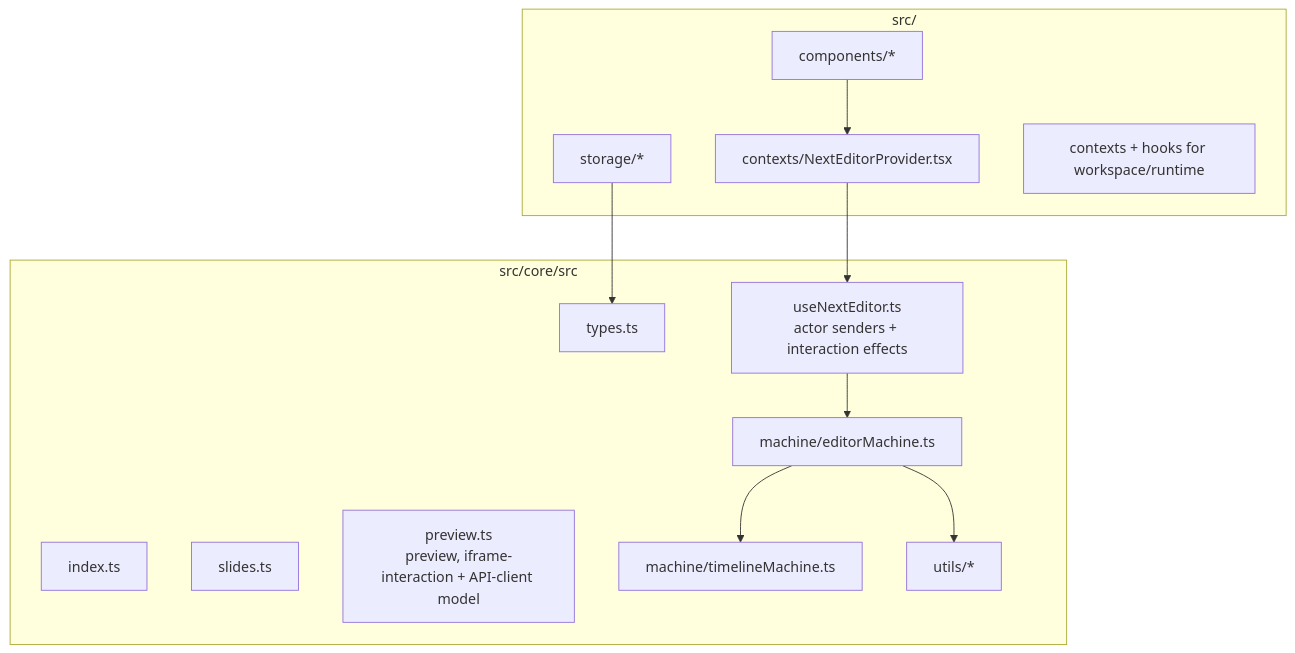
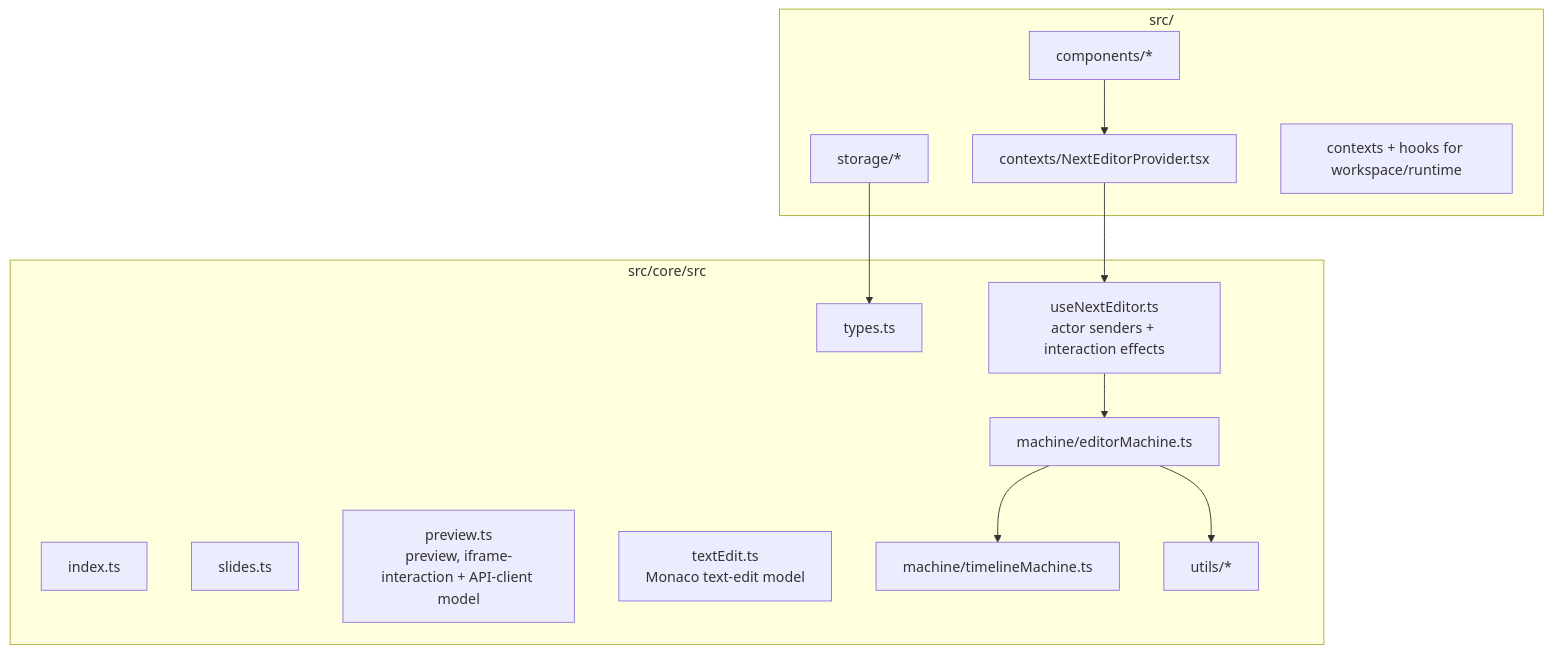
Before and after one commit to channyeintun/next-editor: the first of 3 diagrams in docs/core.md, drawn with Mermaid. The commit also changed 8 other files, not shown here.

First line of the commit message:
refactor(core): define the text-edit model in core

````diff
--- a/docs/core.md
+++ b/docs/core.md
@@ -7,27 +7,28 @@
 ```mermaid
 flowchart TB
   subgraph Core["src/core/src"]
     Index[index.ts]
     Types[types.ts]
     Slides[slides.ts]
     Preview[preview.ts<br/>preview, iframe-interaction + API-client model]
+    TextEdit[textEdit.ts<br/>Monaco text-edit model]
     Hook[useNextEditor.ts<br/>actor senders + interaction effects]
     Machine[machine/editorMachine.ts]
     Timeline[machine/timelineMachine.ts]
     Utils[utils/*]
   end
 
   subgraph App["src/"]
     Provider[contexts/NextEditorProvider.tsx]
     Components[components/*]
     Storage[storage/*]
     Runtime[contexts + hooks for workspace/runtime]
   end
 
   Components --> Provider
   Provider --> Hook
   Hook --> Machine
   Machine --> Timeline
   Machine --> Utils
   Storage --> Types
 ```
````
